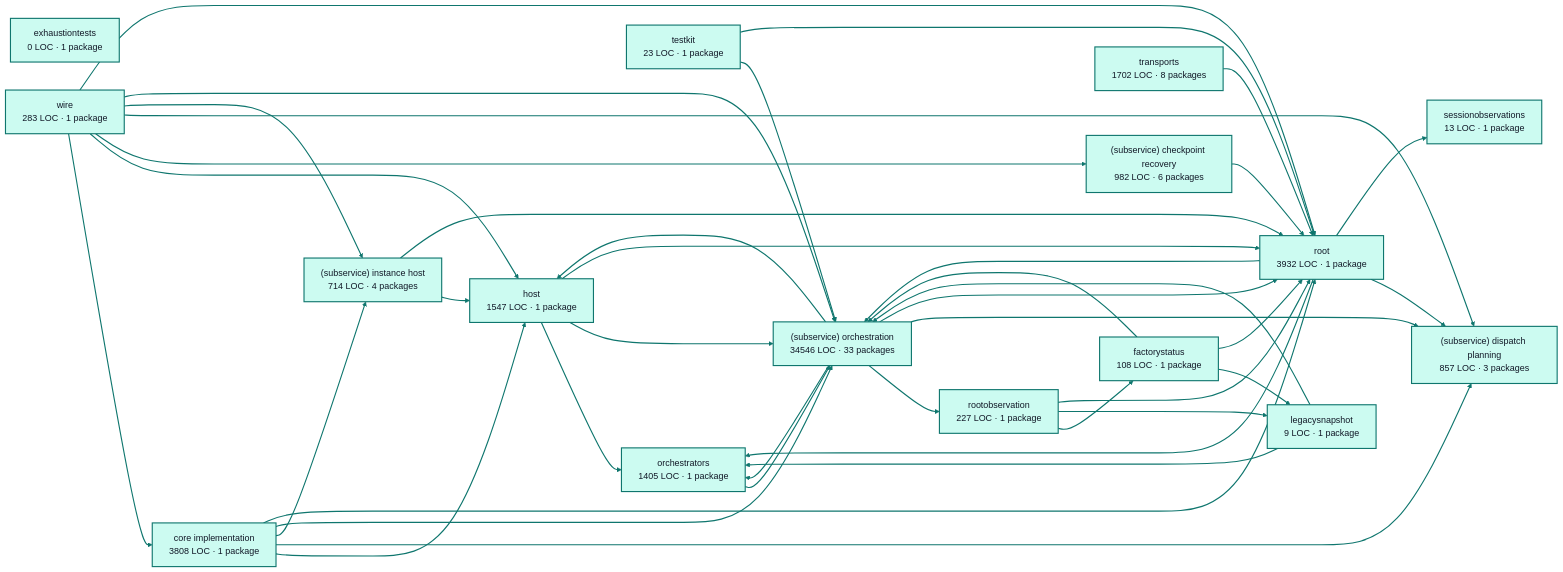
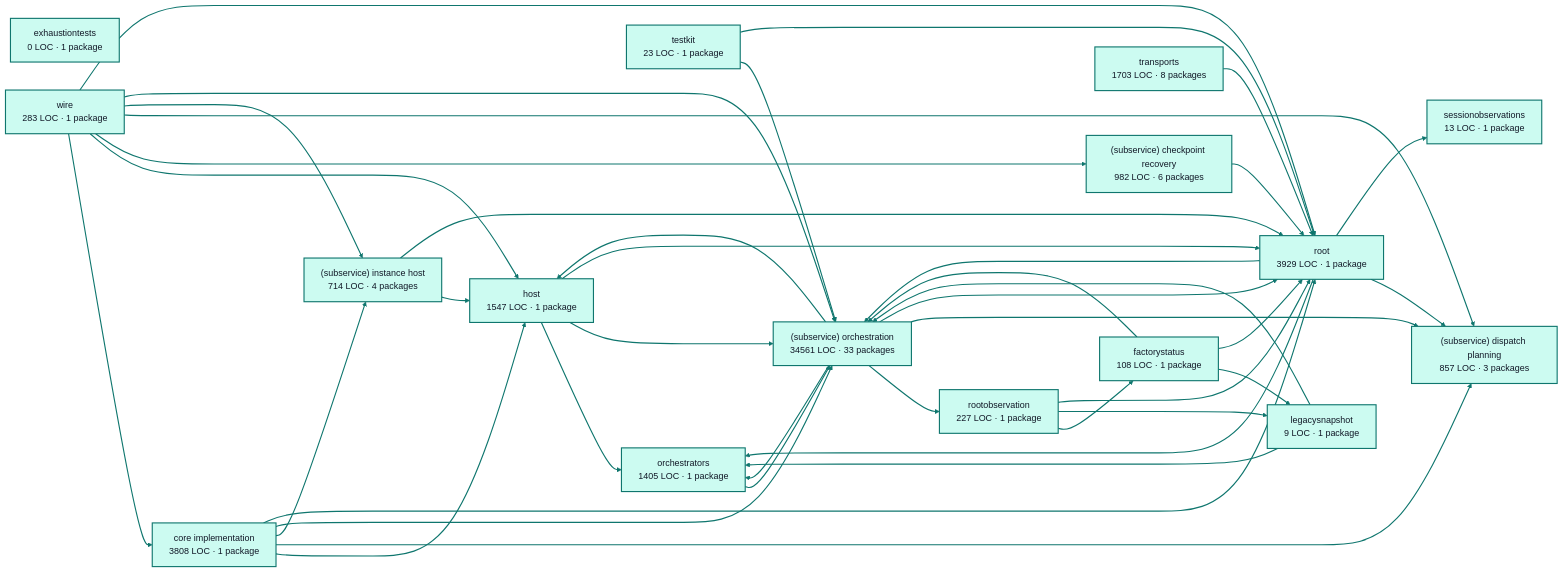
One commit to portpowered/you-agent-factory changed the diagram in docs/architecture/visualizations/services/factory_runtime.md. Above: the diagram before and after it, drawn with Mermaid. The commit also changed other lines of this file and 20 other files, not shown here.

Commit message:
docs: refresh backend architecture visualizations

````diff
--- a/docs/architecture/visualizations/services/factory_runtime.md
+++ b/docs/architecture/visualizations/services/factory_runtime.md
@@ -11,75 +11,75 @@
 ```mermaid
 flowchart LR
   p0["core implementation<br/>3808 LOC · 1 package"]
   p1["exhaustiontests<br/>0 LOC · 1 package"]
   p2["factorystatus<br/>108 LOC · 1 package"]
   p3["host<br/>1547 LOC · 1 package"]
   p4["legacysnapshot<br/>9 LOC · 1 package"]
   p5["orchestrators<br/>1405 LOC · 1 package"]
   p6["rootobservation<br/>227 LOC · 1 package"]
   p7["(subservice) checkpoint recovery<br/>982 LOC · 6 packages"]
   p8["(subservice) dispatch planning<br/>857 LOC · 3 packages"]
   p9["(subservice) instance host<br/>714 LOC · 4 packages"]
-  p10["(subservice) orchestration<br/>34546 LOC · 33 packages"]
+  p10["(subservice) orchestration<br/>34561 LOC · 33 packages"]
   p11["sessionobservations<br/>13 LOC · 1 package"]
   p12["testkit<br/>23 LOC · 1 package"]
-  p13["root<br/>3932 LOC · 1 package"]
-  p14["transports<br/>1702 LOC · 8 packages"]
+  p13["root<br/>3929 LOC · 1 package"]
+  p14["transports<br/>1703 LOC · 8 packages"]
   p15["wire<br/>283 LOC · 1 package"]
   p0 --> p3
   p0 --> p8
   p0 --> p9
   p0 --> p10
   p0 --> p13
   p2 --> p4
   p2 --> p10
   p2 --> p13
   p3 --> p5
   p3 --> p10
   p3 --> p13
   p4 --> p5
   p4 --> p10
   p5 --> p10
   p6 --> p2
   p6 --> p4
   p6 --> p13
   p7 --> p13
   p9 --> p3
   p9 --> p13
   p10 --> p3
   p10 --> p5
   p10 --> p6
   p10 --> p8
   p10 --> p13
   p12 --> p10
   p12 --> p13
   p13 --> p5
   p13 --> p8
   p13 --> p10
   p13 --> p11
   p14 --> p13
   p15 --> p0
   p15 --> p3
   p15 --> p7
   p15 --> p8
   p15 --> p9
   p15 --> p10
   p15 --> p13
   style p0 fill:#ccfbf1,stroke:#0f766e,stroke-width:2px,color:#111827
   style p1 fill:#ccfbf1,stroke:#0f766e,stroke-width:2px,color:#111827
   style p2 fill:#ccfbf1,stroke:#0f766e,stroke-width:2px,color:#111827
   style p3 fill:#ccfbf1,stroke:#0f766e,stroke-width:2px,color:#111827
   style p4 fill:#ccfbf1,stroke:#0f766e,stroke-width:2px,color:#111827
   style p5 fill:#ccfbf1,stroke:#0f766e,stroke-width:2px,color:#111827
   style p6 fill:#ccfbf1,stroke:#0f766e,stroke-width:2px,color:#111827
   style p7 fill:#ccfbf1,stroke:#0f766e,stroke-width:2px,color:#111827
   style p8 fill:#ccfbf1,stroke:#0f766e,stroke-width:2px,color:#111827
   style p9 fill:#ccfbf1,stroke:#0f766e,stroke-width:2px,color:#111827
   style p10 fill:#ccfbf1,stroke:#0f766e,stroke-width:2px,color:#111827
   style p11 fill:#ccfbf1,stroke:#0f766e,stroke-width:2px,color:#111827
   style p12 fill:#ccfbf1,stroke:#0f766e,stroke-width:2px,color:#111827
   style p13 fill:#ccfbf1,stroke:#0f766e,stroke-width:2px,color:#111827
   style p14 fill:#ccfbf1,stroke:#0f766e,stroke-width:2px,color:#111827
   style p15 fill:#ccfbf1,stroke:#0f766e,stroke-width:2px,color:#111827
   linkStyle default stroke:#0f766e,stroke-width:2px
 ```
````
